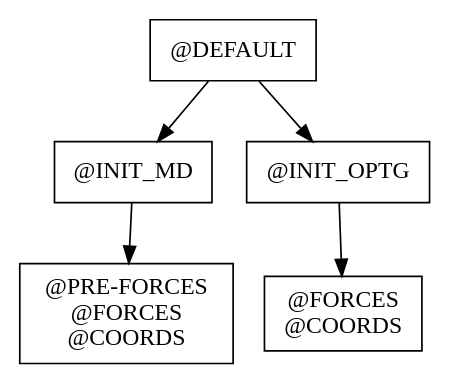
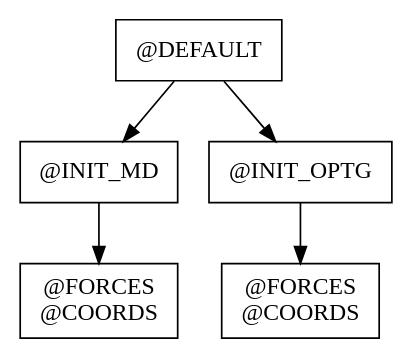
The diagram in report/graphs/node-report.gv (MolSSI-MDI/MDI_lammps), drawn with Graphviz before and after one commit. The commit also changed 2 other files, not shown here.

```diff
--- a/report/graphs/node-report.gv
+++ b/report/graphs/node-report.gv
@@ -1,15 +1,14 @@
 // Node Report
 digraph {
 	"@DEFAULT" [label="@DEFAULT" margin=0.1 shape=box]
 	"@INIT_MD" [label="@INIT_MD" margin=0.1 shape=box]
-	"@INIT_MD_" [label="@PRE-FORCES
-@FORCES
+	"@INIT_MD_" [label="@FORCES
 @COORDS" margin=0.1 shape=box]
 	"@INIT_OPTG" [label="@INIT_OPTG" margin=0.1 shape=box]
 	"@INIT_OPTG_" [label="@FORCES
 @COORDS" margin=0.1 shape=box]
 	"@DEFAULT" -> "@INIT_MD"
 	"@DEFAULT" -> "@INIT_OPTG"
 	"@INIT_MD" -> "@INIT_MD_"
 	"@INIT_OPTG" -> "@INIT_OPTG_"
 }
```
